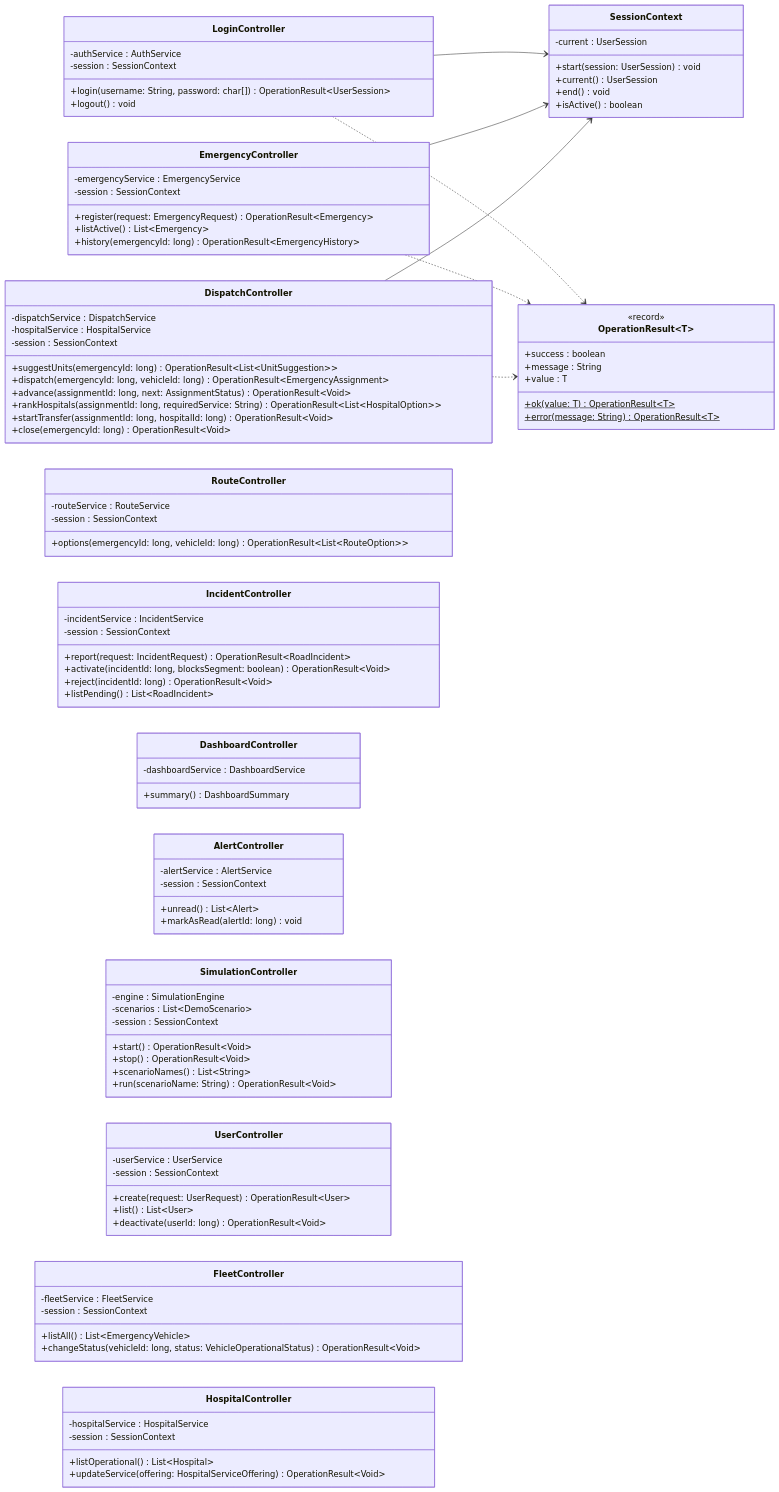
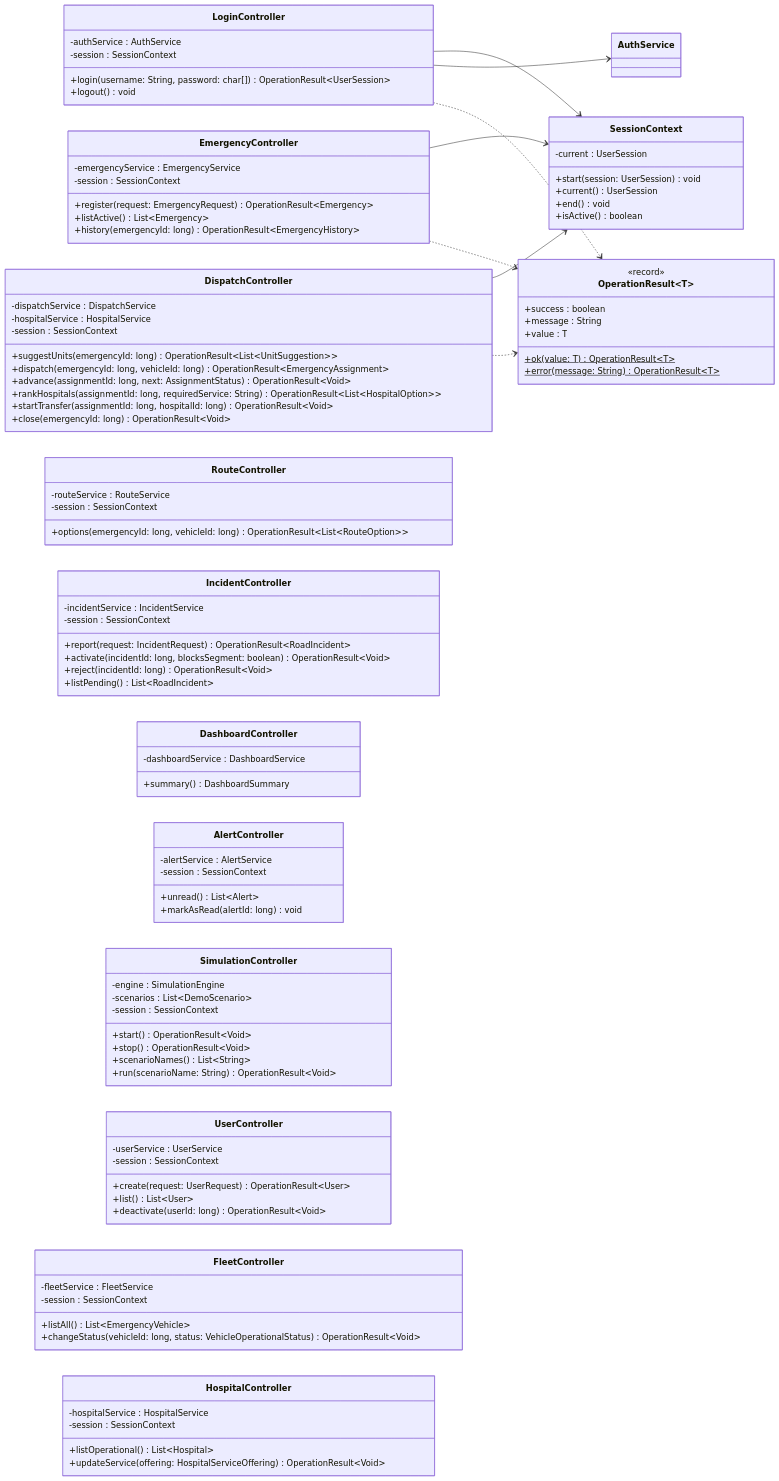
Before and after one commit to afzabaleta/RutaVida: diagram 21 of 22 in docs/class-diagram.md, drawn with Mermaid. The commit also changed other lines of this file, not shown here.

Commit message:
docs: sync-login-controller-diagram

```diff
--- a/docs/class-diagram.md
+++ b/docs/class-diagram.md
@@ -1771,6 +1773,7 @@
     }
 
     LoginController --> SessionContext
+    LoginController --> AuthService
     EmergencyController --> SessionContext
     DispatchController --> SessionContext
     LoginController ..> OperationResult~T~
```
